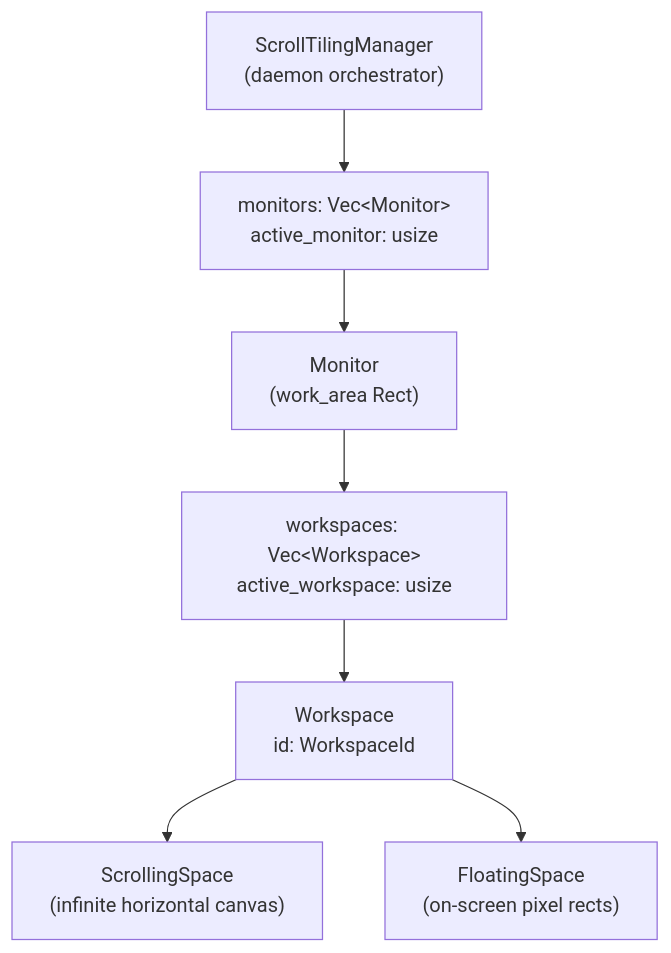
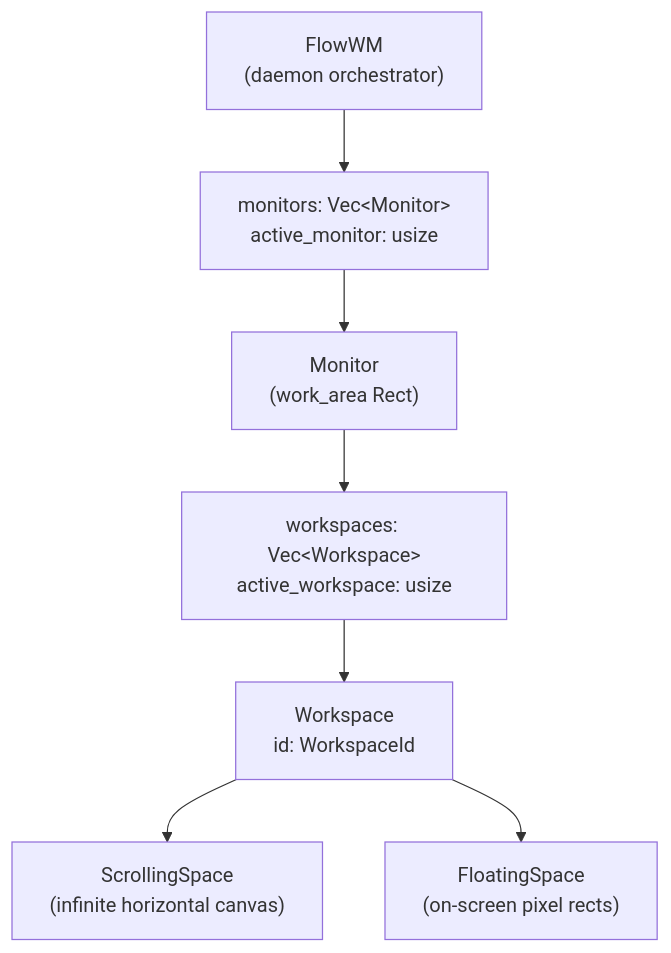
One commit to CCpcalvin/flow-wm changed the diagram in docs/src/dev-guide/workspace.md. Above: the diagram before and after it, drawn with Mermaid. The commit also changed other lines of this file and 108 other files, not shown here.

Commit message:
refactor: rename project from scrolling-tiling-manager to flow-wm

````diff
--- a/docs/src/dev-guide/workspace.md
+++ b/docs/src/dev-guide/workspace.md
@@ -13,10 +13,10 @@
 ```mermaid
 graph TB
-    STM["ScrollTilingManager<br/>(daemon orchestrator)"]
-    STM --> monitors["monitors: Vec&lt;Monitor&gt;<br/>active_monitor: usize"]
+    flow["FlowWM<br/>(daemon orchestrator)"]
+    flow --> monitors["monitors: Vec&lt;Monitor&gt;<br/>active_monitor: usize"]
     monitors --> M["Monitor<br/>(work_area Rect)"]
     M --> ws["workspaces: Vec&lt;Workspace&gt;<br/>active_workspace: usize"]
     ws --> W["Workspace<br/>id: WorkspaceId"]
     W --> SS["ScrollingSpace<br/>(infinite horizontal canvas)"]
     W --> FS["FloatingSpace<br/>(on-screen pixel rects)"]
 ```
````
